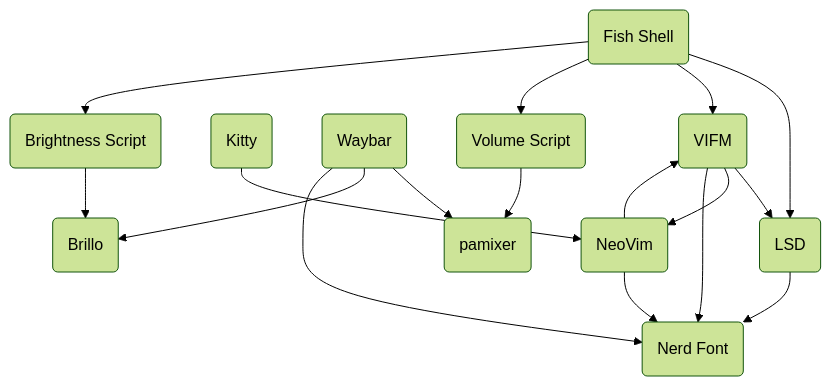
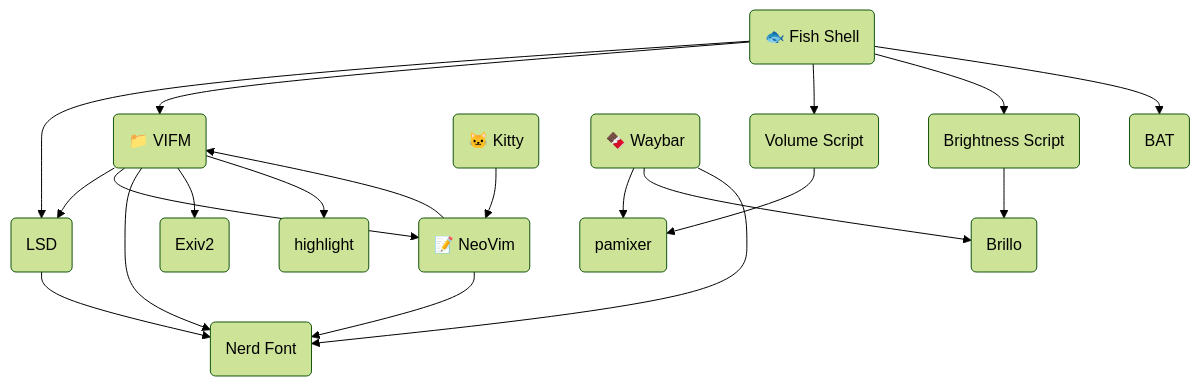
One commit to MidHunterX/Hunter-OS changed the diagram in README.md. Above: the diagram before and after it, drawn with Mermaid (forest theme). The commit also changed other lines of this file, not shown here.

Commit message:
📖 Added: More Dependencies

````diff
--- a/README.md
+++ b/README.md
@@ -267,31 +267,37 @@
 ```mermaid
 graph TD
-vifm(VIFM)
+vifm(📁 VIFM)
 ls(LSD)
-nvim(NeoVim)
-term(Kitty)
-fish(Fish Shell)
+cat(BAT)
+exif(Exiv2)
+syntax(highlight)
+nvim(📝 NeoVim)
+term(🐱 Kitty)
+fish(🐟 Fish Shell)
 volume(pamixer)
 backlight(Brillo)
-waybar(Waybar)
+waybar(🍫 Waybar)
 nf(Nerd Font)
 vos(Volume Script)
 brs(Brightness Script)
 
 vifm --> ls
 vifm --> nvim
 vifm --> nf
+vifm --> exif
+vifm --> syntax
 fish --> ls
 ls --> nf
 fish --> vifm
 fish --> vos
 fish --> brs
+fish --> cat
 nvim --> vifm
 nvim --> nf
 term --> nvim
 waybar --> volume
 waybar --> backlight
 waybar --> nf
 vos --> volume
 brs --> backlight
 ```
````
